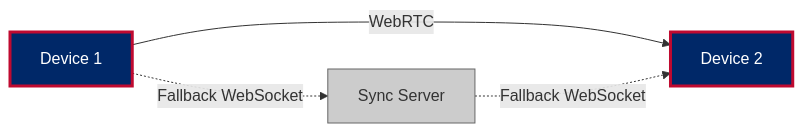
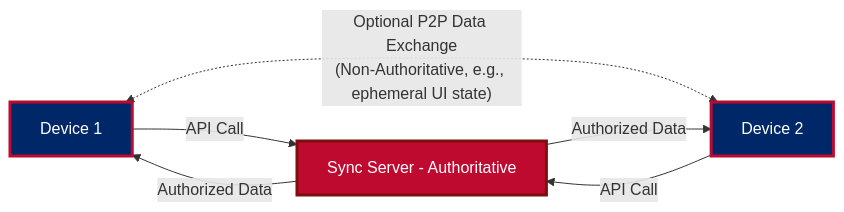
The third of 7 diagrams in forgeboard-frontend/src/assets/documentation/CODING-STANDARDS.md (JeffreySanford/forge-board), drawn with Mermaid before and after one commit. The commit also changed other lines of this file and 53 other files, not shown here.

````diff
--- a/forgeboard-frontend/src/assets/documentation/CODING-STANDARDS.md
+++ b/forgeboard-frontend/src/assets/documentation/CODING-STANDARDS.md
@@ -79,9 +81,11 @@
 ```mermaid
 flowchart LR
-  Device1[Device 1]:::device --> |"WebRTC"| Device2[Device 2]:::device
-  Device1 -.->|"Fallback WebSocket"| Server[Sync Server]:::server
-  Server -.->|"Fallback WebSocket"| Device2
+  Device1[Device 1]:::device --> |"API Call"| Server[Sync Server - Authoritative]:::server
+  Server --> |"Authorized Data"| Device1
+  Device1 <-.->|"Optional P2P Data Exchange\n(Non-Authoritative, e.g., ephemeral UI state)"| Device2[Device 2]:::device
+  Device2 --> |"API Call"| Server
+  Server --> |"Authorized Data"| Device2
   
   classDef device fill:#002868,stroke:#BF0A30,stroke-width:3px,color:#FFFFFF;
-  classDef server fill:#CCCCCC,stroke:#666666,stroke-width:1px;
+  classDef server fill:#BF0A30,stroke:#7D100E,stroke-width:3px,color:#FFFFFF;
 ```
````
